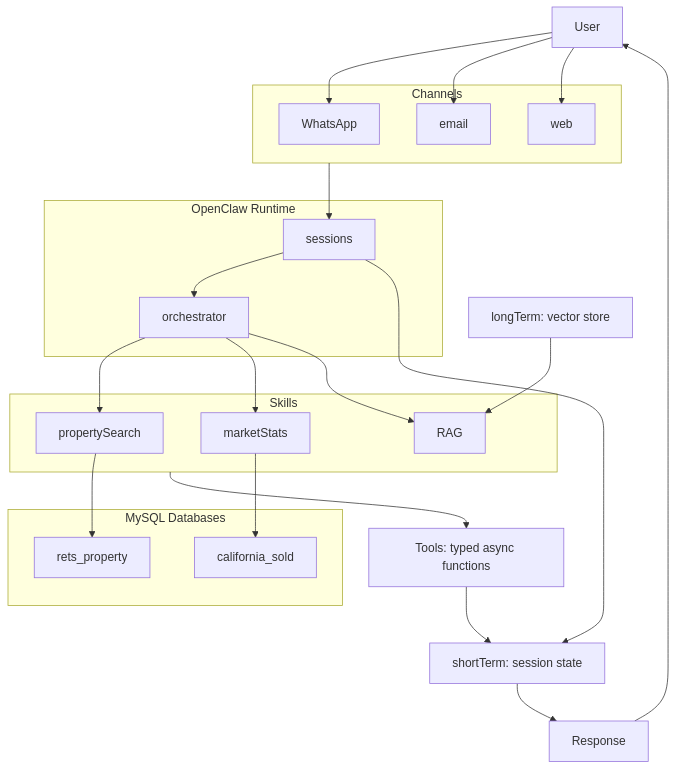
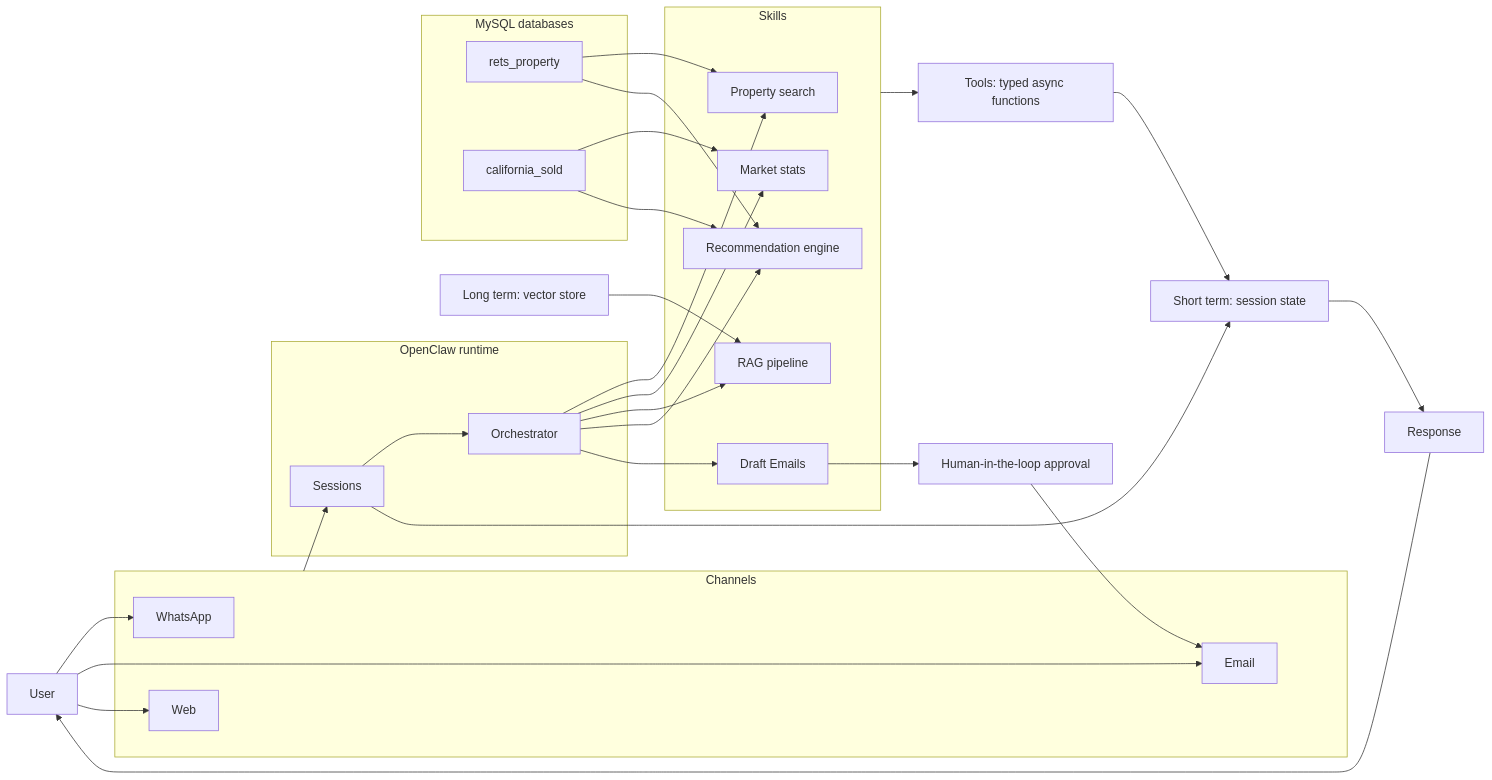
Before and after one commit to erinlee316/idx-property-search: the diagram in system_design.md, drawn with Mermaid.

Commit message:
added more features into architecture design to include human-in-the-loop and better flow

````diff
--- a/system_design.md
+++ b/system_design.md
@@ -1,38 +1,45 @@
 ```mermaid
 %% User → WhatsApp → OpenClaw Runtime → Skill Selector → Tool Execution → Memory Update → Response → User
 
-flowchart TD
+flowchart LR
     U[User]
-    ST[shortTerm: session state]
-    LT[longTerm: vector store]
+    ST[Short term: session state]
+    LT[Long term: vector store]
     TE[Tools: typed async functions]
     R[Response]
+    H[Human-in-the-loop approval]
     subgraph Channels
         WA[WhatsApp]
-        EM[email]
-        WEB[web]
+        EM[Email]
+        WEB[Web]
     end
-    subgraph OR[OpenClaw Runtime]
-        O[orchestrator]
-        S[sessions]
+
+    subgraph OR[OpenClaw runtime]
+        O[Orchestrator]
+        S[Sessions]
     end
     subgraph Skills
-        PS[propertySearch]
-        MS[marketStats]
-        RAG[RAG]
+        PS[Property search]
+        MS[Market stats]
+        RAG[RAG pipeline]
+        REC[Recommendation engine]
+        DE[Draft Emails]
     end
-    subgraph DB[MySQL Databases]
+    subgraph DB[MySQL databases]
         RP[rets_property]
         CS[california_sold]
     end
 
     U --> WA & EM & WEB
-    Channels --> S --> O --> PS & MS & RAG
+    Channels --> S --> O --> PS & MS & RAG & REC & DE
     S --> ST
     LT --> RAG
     Skills --> TE --> ST
-    PS --> RP
-    MS --> CS
+    RP --> PS
+    CS --> MS
+    RP --> REC
+    CS --> REC
+    DE --> H --> EM
     ST --> R --> U
 
 ```
````
